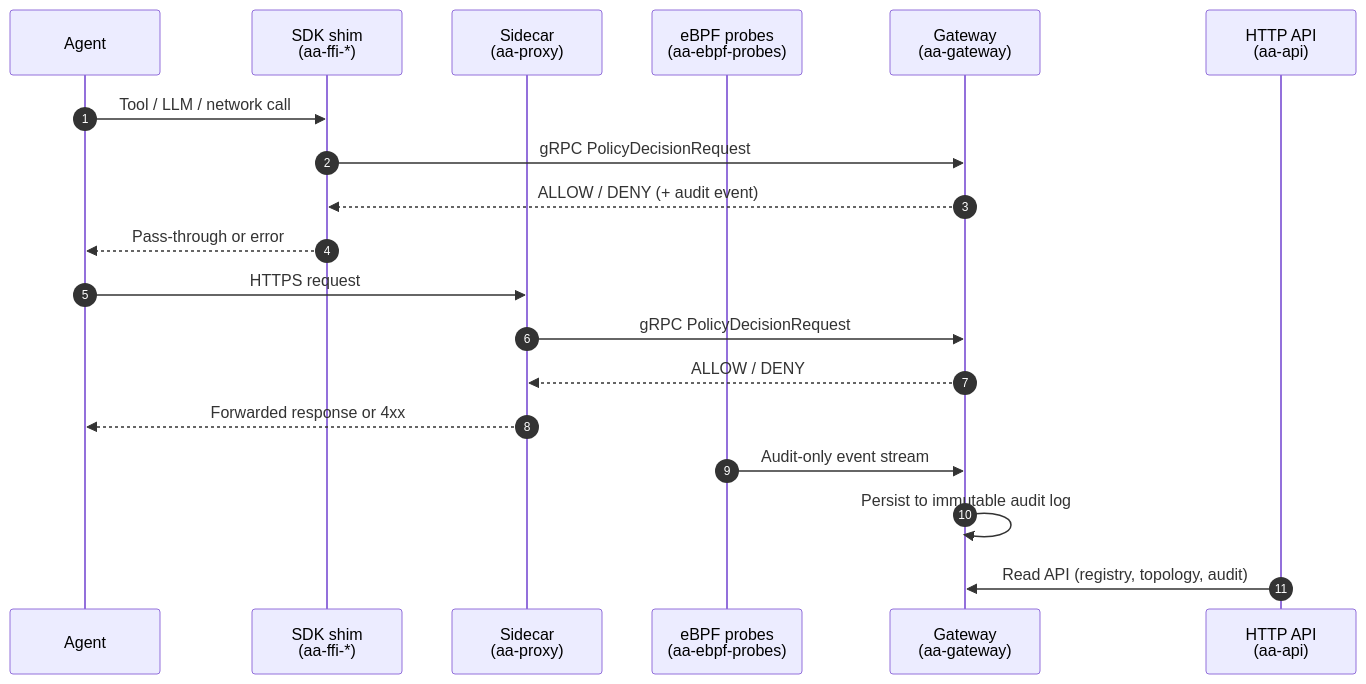
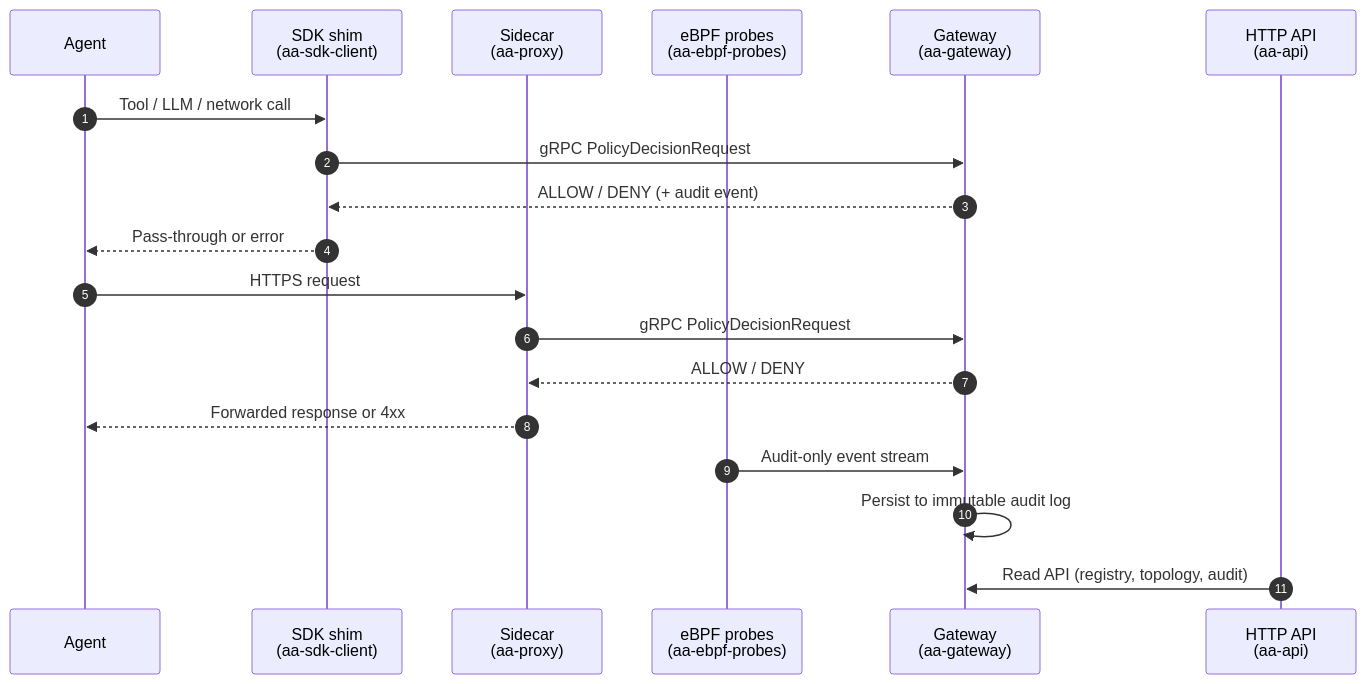
Before and after one commit to ai-agent-assembly/agent-assembly: the second of 4 diagrams in docs/src/architecture.md, drawn with Mermaid. The commit also changed other lines of this file, not shown here.

First line of the commit message:
📝 (docs): Lead architecture page with the goal and fix crate count

````diff
--- a/docs/src/architecture.md
+++ b/docs/src/architecture.md
@@ -84,24 +92,24 @@
 ```mermaid
 sequenceDiagram
     autonumber
     participant Agent
-    participant SDK as SDK shim<br/>(aa-ffi-*)
+    participant SDK as SDK shim<br/>(aa-sdk-client)
     participant Proxy as Sidecar<br/>(aa-proxy)
     participant eBPF as eBPF probes<br/>(aa-ebpf-probes)
     participant GW as Gateway<br/>(aa-gateway)
     participant API as HTTP API<br/>(aa-api)
 
     Agent->>SDK: Tool / LLM / network call
     SDK->>GW: gRPC PolicyDecisionRequest
     GW-->>SDK: ALLOW / DENY (+ audit event)
     SDK-->>Agent: Pass-through or error
 
     Agent->>Proxy: HTTPS request
     Proxy->>GW: gRPC PolicyDecisionRequest
     GW-->>Proxy: ALLOW / DENY
     Proxy-->>Agent: Forwarded response or 4xx
 
     eBPF->>GW: Audit-only event stream
     GW->>GW: Persist to immutable audit log
     API->>GW: Read API (registry, topology, audit)
 ```
````
